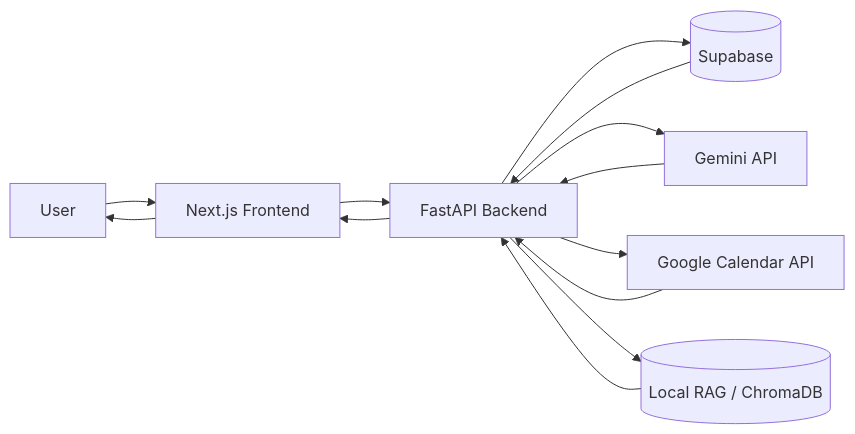
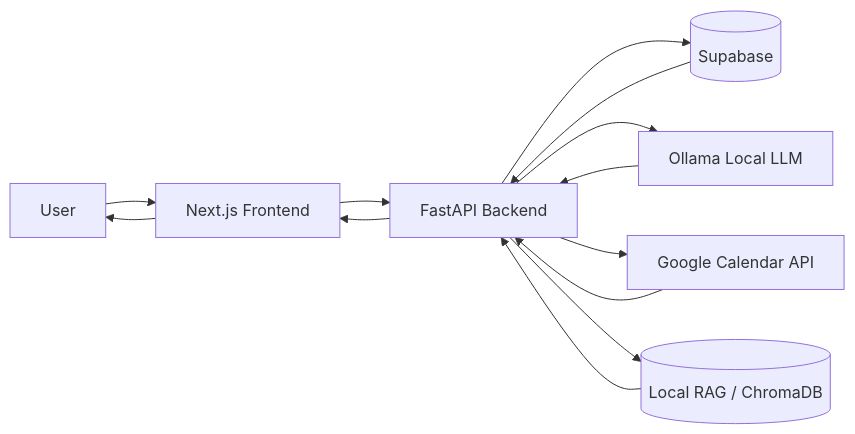
One commit to IamShauryaSuman/csis-smart-assist changed the diagram in README.md. Above: the diagram before and after it, drawn with Mermaid. The commit also changed other lines of this file and 14 other files, not shown here.

First line of the commit message:
feat: migrate to local Ollama LLM with deployment infrastructure

````diff
--- a/README.md
+++ b/README.md
@@ -148,15 +148,15 @@
 ```mermaid
 flowchart LR
     U[User] --> F[Next.js Frontend]
     F --> A[FastAPI Backend]
     A --> S[(Supabase)]
-    A --> G[Gemini API]
+    A --> O[Ollama Local LLM]
     A --> C[Google Calendar API]
     A --> R[(Local RAG / ChromaDB)]
     S --> A
-    G --> A
+    O --> A
     C --> A
     R --> A
     A --> F
     F --> U
 ```
````
